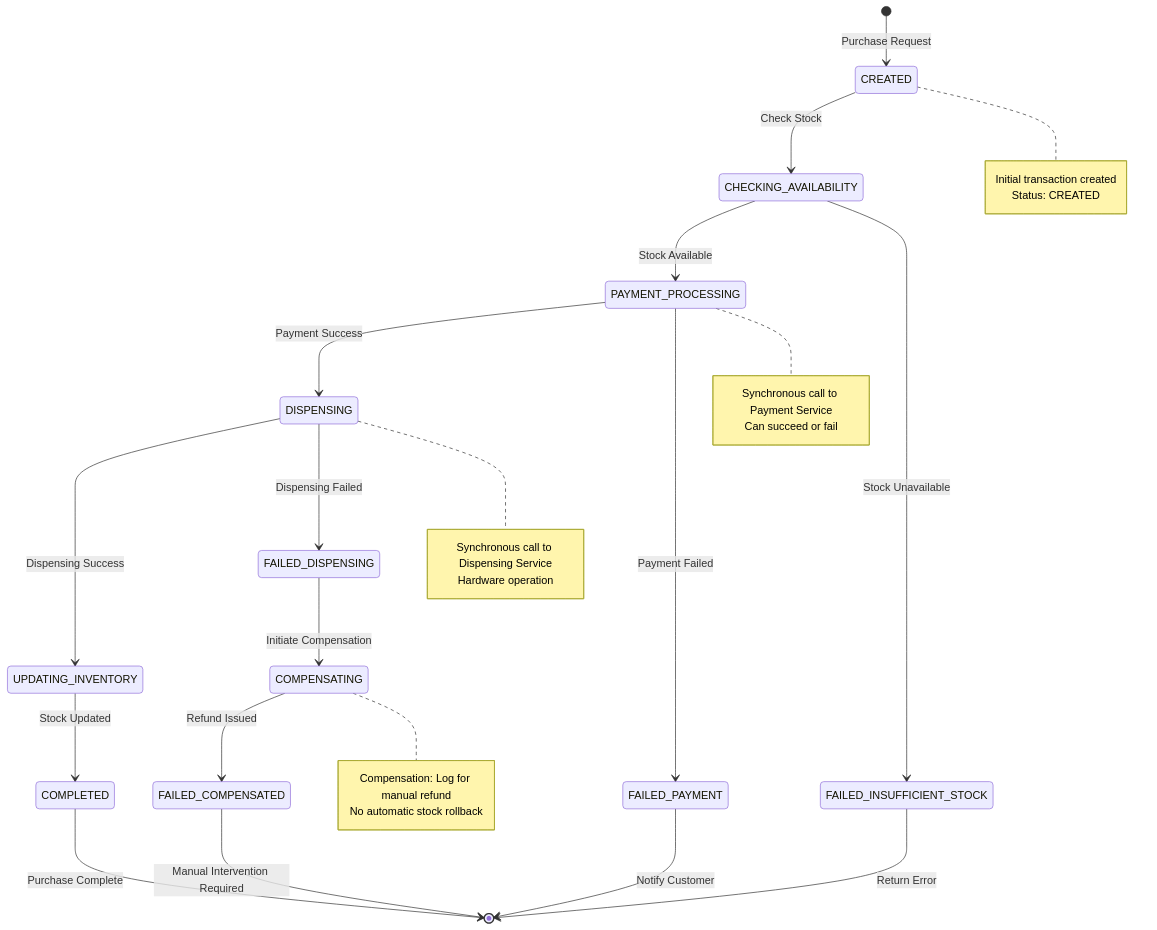
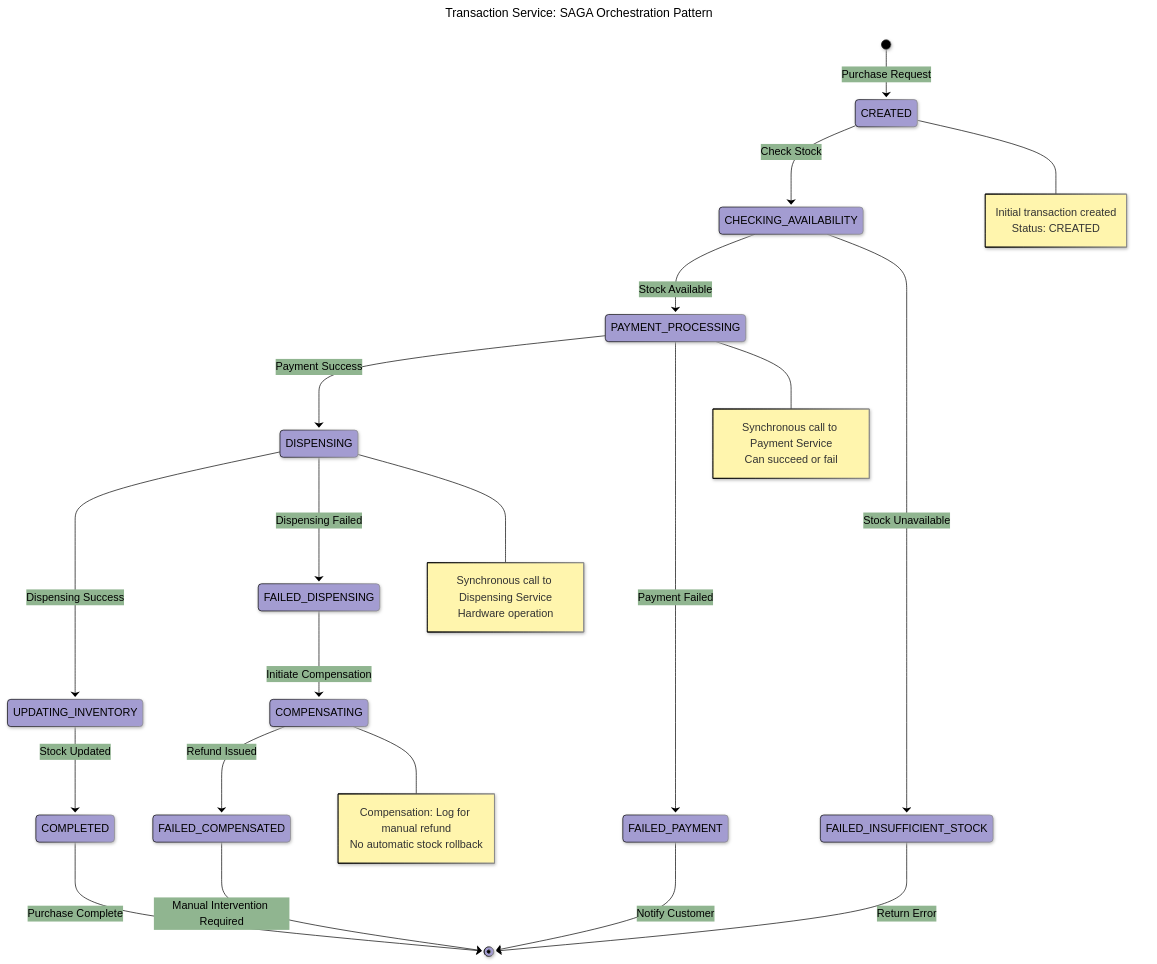
One commit to BrunoGil-AS/Vending-Machine-Microservices changed the third of 8 diagrams in Documentation/diagrams/transaction-service.md. Above: the diagram before and after it, drawn with Mermaid. The commit also changed other lines of this file and 7 other files, not shown here.

Commit message:
docs: Update service diagrams with new configurations and titles

````diff
--- a/Documentation/diagrams/transaction-service.md
+++ b/Documentation/diagrams/transaction-service.md
@@ -142,45 +170,59 @@
 ```mermaid
+---
+config:
+  theme: base
+  themeVariables:
+    primaryColor: '#a39cd1ff'
+    primaryTextColor: '#000000'
+    secondaryTextColor: '#ffffffff'
+    primaryBorderColor: '#000000'
+    lineColor: '#000000ff'
+    secondaryColor: '#90b590ff'
+    tertiaryColor: '#f9f6a1ff'
+  look: neo
+title: 'Transaction Service: SAGA Orchestration Pattern'
+---
 stateDiagram-v2
     [*] --> CREATED: Purchase Request
 
     CREATED --> CHECKING_AVAILABILITY: Check Stock
     CHECKING_AVAILABILITY --> PAYMENT_PROCESSING: Stock Available
     CHECKING_AVAILABILITY --> FAILED_INSUFFICIENT_STOCK: Stock Unavailable
 
     PAYMENT_PROCESSING --> DISPENSING: Payment Success
     PAYMENT_PROCESSING --> FAILED_PAYMENT: Payment Failed
 
     DISPENSING --> UPDATING_INVENTORY: Dispensing Success
     DISPENSING --> FAILED_DISPENSING: Dispensing Failed
 
     UPDATING_INVENTORY --> COMPLETED: Stock Updated
 
     FAILED_INSUFFICIENT_STOCK --> [*]: Return Error
     FAILED_PAYMENT --> [*]: Notify Customer
     FAILED_DISPENSING --> COMPENSATING: Initiate Compensation
 
     COMPENSATING --> FAILED_COMPENSATED: Refund Issued
     FAILED_COMPENSATED --> [*]: Manual Intervention Required
 
     COMPLETED --> [*]: Purchase Complete
 
     note right of CREATED
         Initial transaction created
         Status: CREATED
     end note
 
     note right of PAYMENT_PROCESSING
         Synchronous call to Payment Service
         Can succeed or fail
     end note
 
     note right of DISPENSING
         Synchronous call to Dispensing Service
         Hardware operation
     end note
 
     note right of COMPENSATING
         Compensation: Log for manual refund
         No automatic stock rollback
     end note
 ```
````
